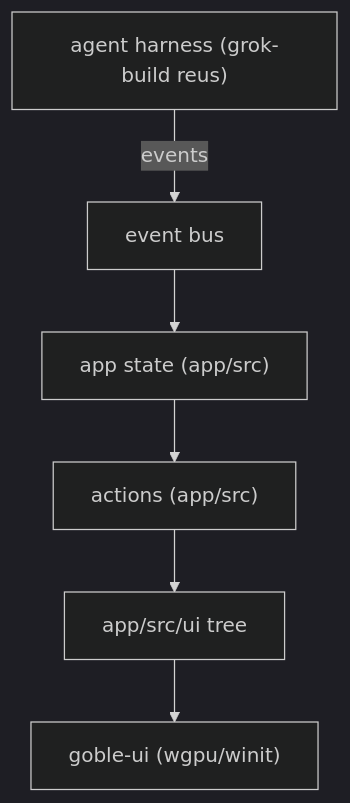
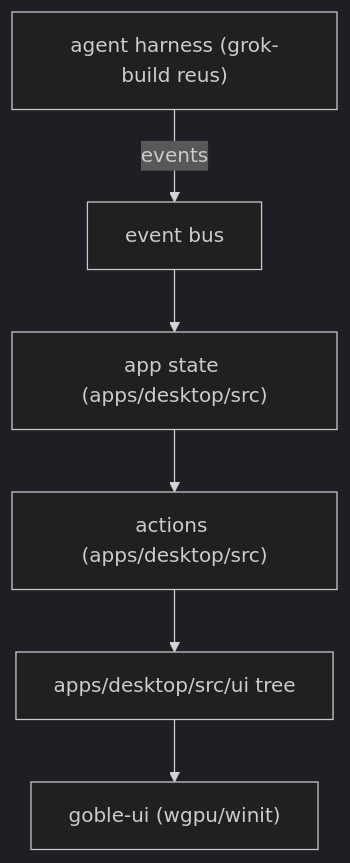
One commit to AdrianTuci1/goble changed the diagram in .agents/06-renderer/README.md. Above: the diagram before and after it, drawn with Mermaid (dark theme). The commit also changed other lines of this file and 415 other files, not shown here.

First line of the commit message:
feat(desktop): T3/DSH design parity, file-backed settings core, and apps/desktop move

````diff
--- a/.agents/06-renderer/README.md
+++ b/.agents/06-renderer/README.md
@@ -11,8 +11,8 @@
 ```mermaid
 flowchart TD
   harness["agent harness (grok-build reus)"] -->|"events"| bus["event bus"]
-  bus --> state["app state (app/src)"]
-  state --> actions["actions (app/src)"]
-  actions --> shell["app/src/ui tree"]
+  bus --> state["app state (apps/desktop/src)"]
+  state --> actions["actions (apps/desktop/src)"]
+  actions --> shell["apps/desktop/src/ui tree"]
   shell --> gobleui["goble-ui (wgpu/winit)"]
 ```
````
